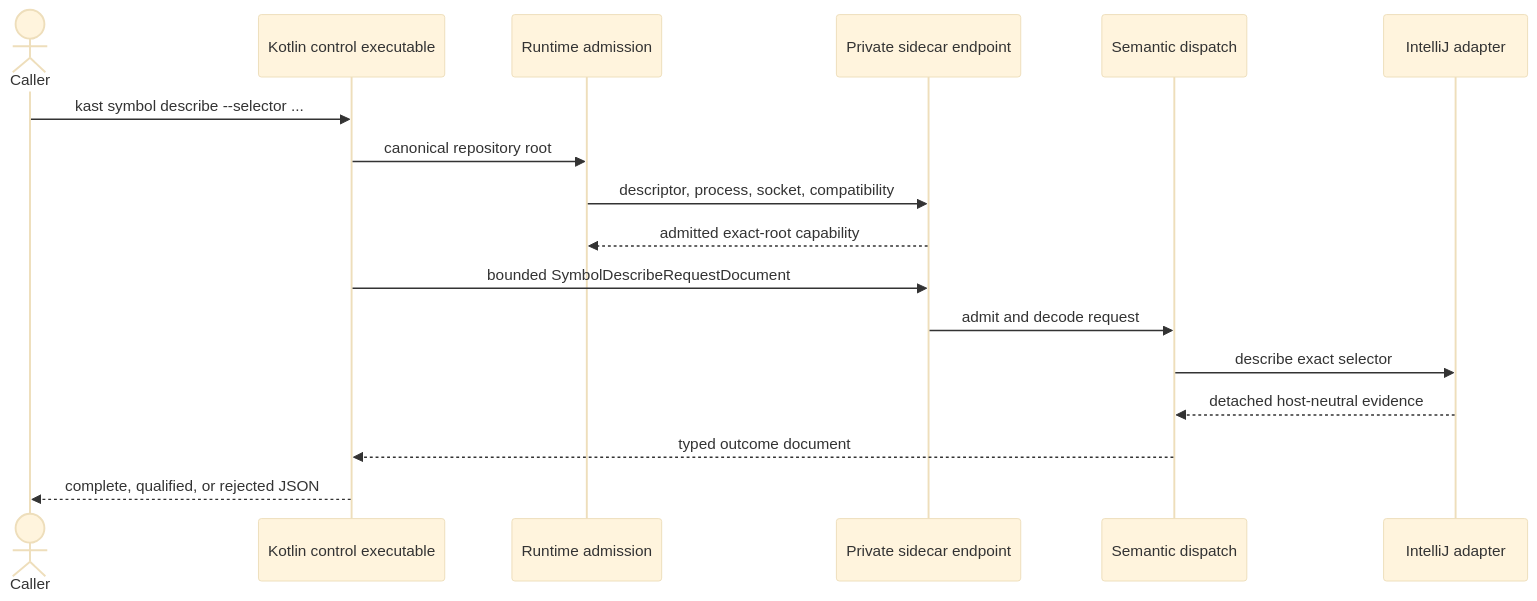
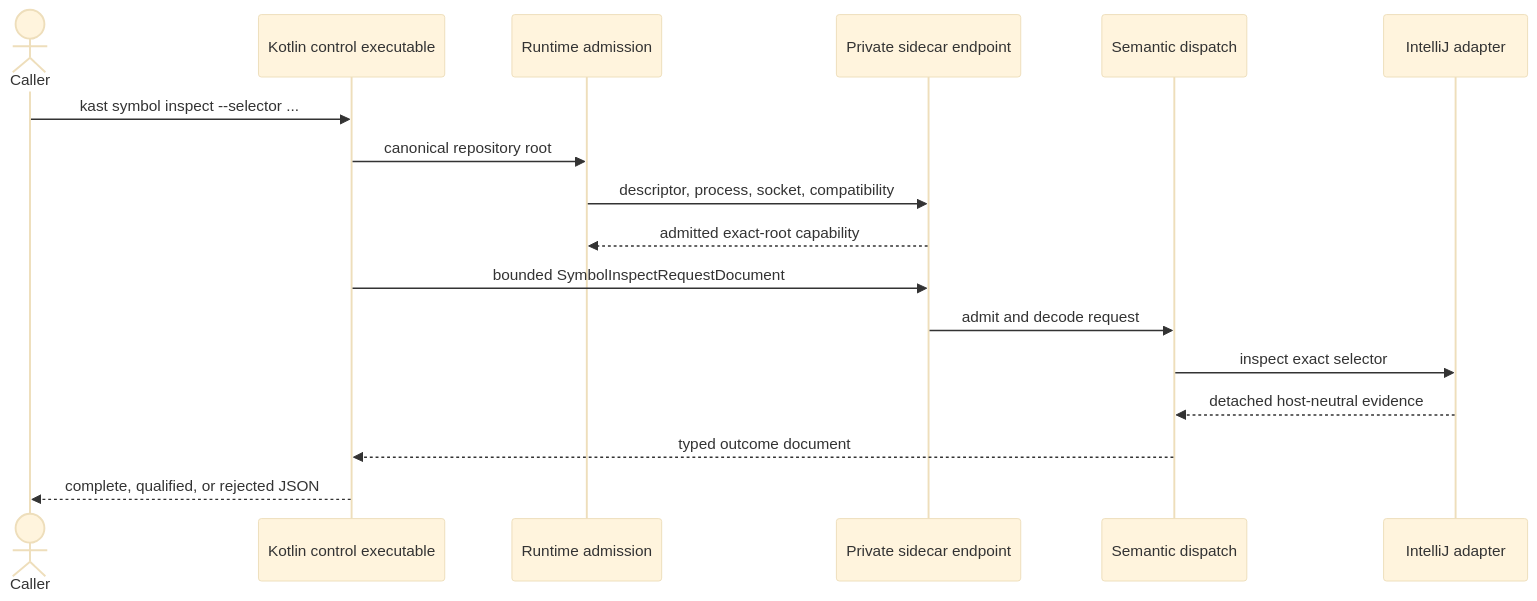
The first of 2 diagrams in docs/public/explanation/how-kast-works.mdx (amichne/kast), drawn with Mermaid (base theme) before and after one commit. The commit also changed other lines of this file and 232 other files, not shown here.

````diff
--- a/docs/public/explanation/how-kast-works.mdx
+++ b/docs/public/explanation/how-kast-works.mdx
@@ -17,20 +17,20 @@
 ```mermaid placement="top-right" actions={true}
 sequenceDiagram
     actor Caller
     participant CLI as Kotlin control executable
     participant Admission as Runtime admission
     participant Endpoint as Private sidecar endpoint
     participant Dispatch as Semantic dispatch
     participant K2 as IntelliJ adapter
 
-    Caller->>CLI: kast symbol describe --selector ...
+    Caller->>CLI: kast symbol inspect --selector ...
     CLI->>Admission: canonical repository root
     Admission->>Endpoint: descriptor, process, socket, compatibility
     Endpoint-->>Admission: admitted exact-root capability
-    CLI->>Endpoint: bounded SymbolDescribeRequestDocument
+    CLI->>Endpoint: bounded SymbolInspectRequestDocument
     Endpoint->>Dispatch: admit and decode request
-    Dispatch->>K2: describe exact selector
+    Dispatch->>K2: inspect exact selector
     K2-->>Dispatch: detached host-neutral evidence
     Dispatch-->>CLI: typed outcome document
     CLI-->>Caller: complete, qualified, or rejected JSON
 ```
````
